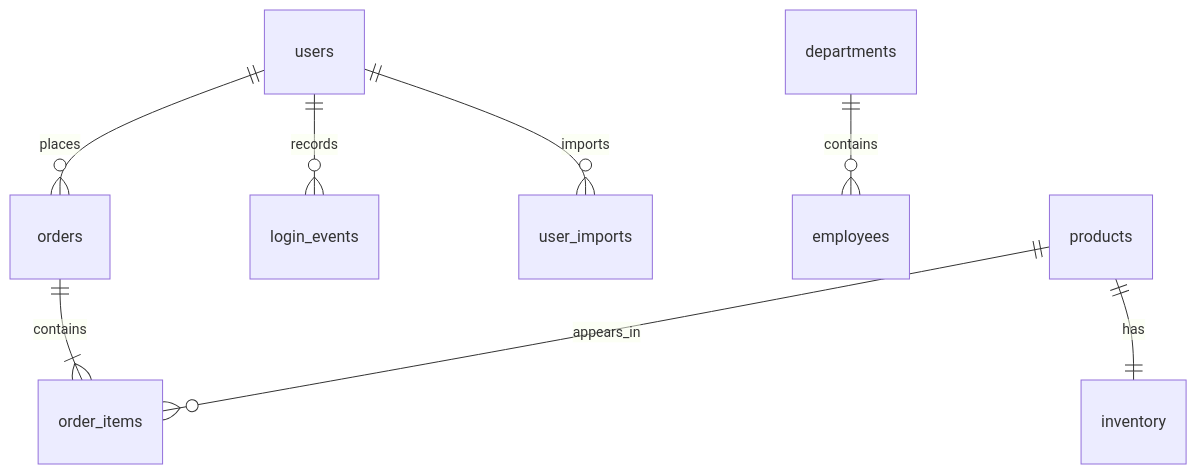
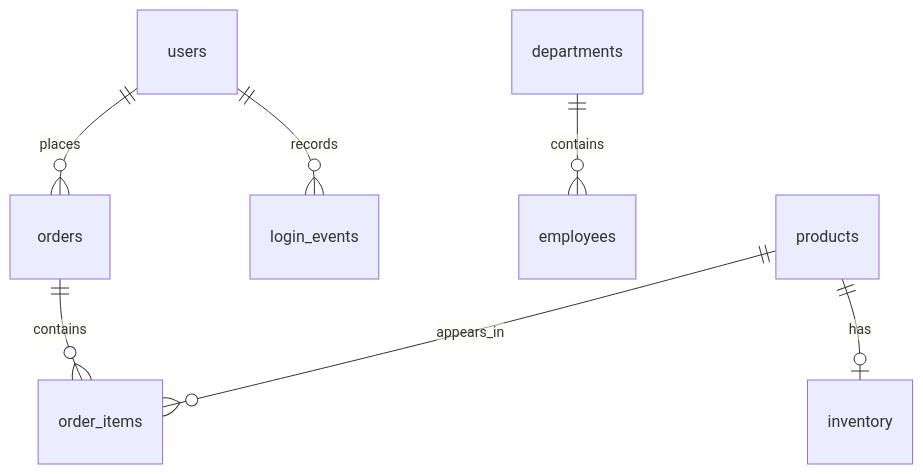
The first of 2 diagrams in source/_posts/learn-topic/mysql/MySQL(二)数据库基础与表设计.md (koco-co/hexo-blog), drawn with Mermaid before and after one commit. The commit also changed other lines of this file and 123 other files, not shown here.

```diff
--- a/source/_posts/learn-topic/mysql/MySQL(二)数据库基础与表设计.md
+++ b/source/_posts/learn-topic/mysql/MySQL(二)数据库基础与表设计.md
@@ -31,10 +31,9 @@
 {% mermaid %}
 erDiagram
   users ||--o{ orders : places
   users ||--o{ login_events : records
-  users ||--o{ user_imports : imports
   departments ||--o{ employees : contains
-  orders ||--|{ order_items : contains
+  orders ||--o{ order_items : contains
   products ||--o{ order_items : appears_in
-  products ||--|| inventory : has
+  products ||--o| inventory : has
 {% endmermaid %}
```
